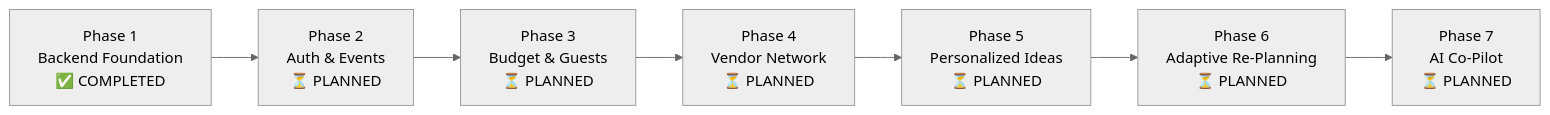
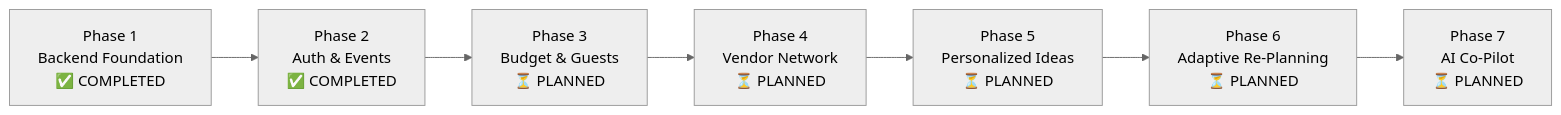
One commit to ZEESHAN0603/PromptWar changed the diagram in docs/BACKEND_ROADMAP.md. Above: the diagram before and after it, drawn with Mermaid (neutral theme). The commit also changed other lines of this file and 40 other files, not shown here.

Commit message:
Phase 2 completed -- Authentication & Event Management

````diff
--- a/docs/BACKEND_ROADMAP.md
+++ b/docs/BACKEND_ROADMAP.md
@@ -9,9 +9,9 @@
 ```mermaid
 flowchart LR
-    P1["Phase 1\nBackend Foundation\n✅ COMPLETED"] --> P2["Phase 2\nAuth & Events\n⏳ PLANNED"]
+    P1["Phase 1\nBackend Foundation\n✅ COMPLETED"] --> P2["Phase 2\nAuth & Events\n✅ COMPLETED"]
     P2 --> P3["Phase 3\nBudget & Guests\n⏳ PLANNED"]
     P3 --> P4["Phase 4\nVendor Network\n⏳ PLANNED"]
     P4 --> P5["Phase 5\nPersonalized Ideas\n⏳ PLANNED"]
     P5 --> P6["Phase 6\nAdaptive Re-Planning\n⏳ PLANNED"]
     P6 --> P7["Phase 7\nAI Co-Pilot\n⏳ PLANNED"]
 ```
````
